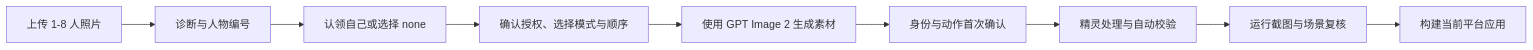
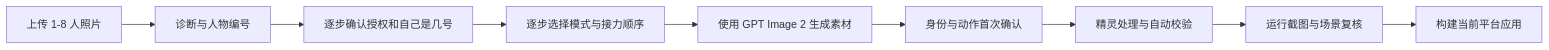
One commit to zhoutian1995/love-roommate changed the diagram in README.md. Above: the diagram before and after it, drawn with Mermaid. The commit also changed other lines of this file and 2 other files, not shown here.

````diff
--- a/README.md
+++ b/README.md
@@ -85,11 +85,11 @@
 ```mermaid
 flowchart LR
     A["上传 1-8 人照片"] --> B["诊断与人物编号"]
-    B --> C["认领自己或选择 none"]
-    C --> D["确认授权、选择模式与顺序"]
+    B --> C["逐步确认授权和自己是几号"]
+    C --> D["逐步选择模式与接力顺序"]
     D --> E["使用 GPT Image 2 生成素材"]
     E --> F["身份与动作首次确认"]
     F --> G["精灵处理与自动校验"]
     G --> H["运行截图与场景复核"]
     H --> I["构建当前平台应用"]
 ```
````
